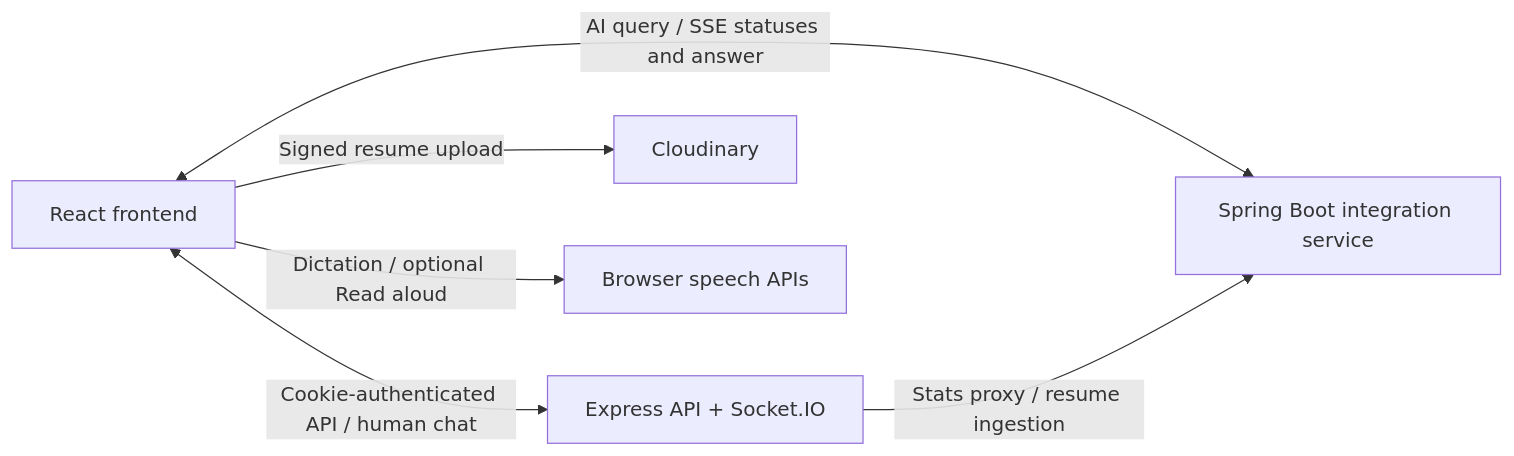
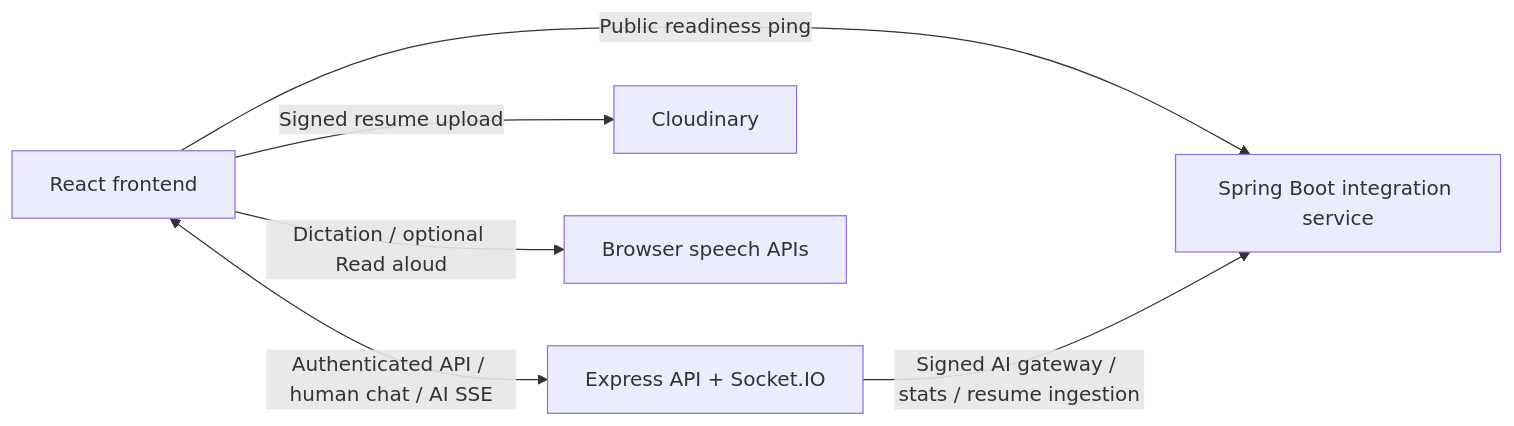
The diagram in README.md (amanxsays/dev-Tinder-frontend), drawn with Mermaid before and after one commit. The commit also changed other lines of this file and 5 other files, not shown here.

Commit message:
Verify Android emulator flows and polish native system bars

````diff
--- a/README.md
+++ b/README.md
@@ -39,14 +39,14 @@
 ```mermaid
 flowchart LR
     Frontend["React frontend"]
     Backend["Express API + Socket.IO"]
     Integration["Spring Boot integration service"]
     Cloudinary["Cloudinary"]
     Speech["Browser speech APIs"]
 
-    Frontend <-->|"Cookie-authenticated API / human chat"| Backend
-    Frontend <-->|"AI query / SSE statuses and answer"| Integration
-    Backend -->|"Stats proxy / resume ingestion"| Integration
+    Frontend <-->|"Authenticated API / human chat / AI SSE"| Backend
+    Frontend -->|"Public readiness ping"| Integration
+    Backend -->|"Signed AI gateway / stats / resume ingestion"| Integration
     Frontend -->|"Signed resume upload"| Cloudinary
     Frontend -->|"Dictation / optional Read aloud"| Speech
 ```
````
